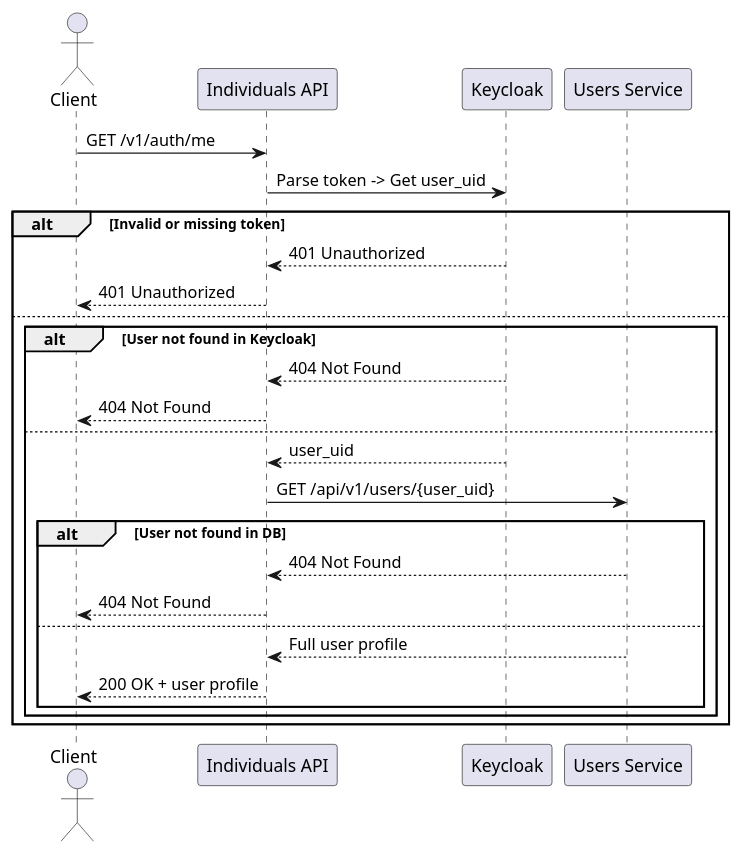
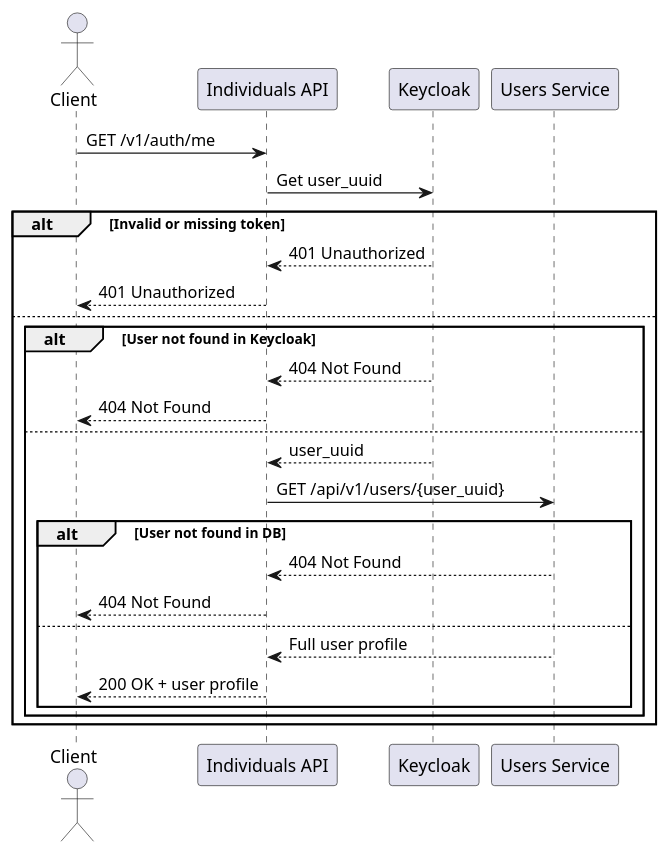
Before and after one commit to Anya1107/payment-system: the third of 5 diagrams in user-service/README.MD, drawn with PlantUML. The commit also changed other lines of this file, not shown here.

Commit message:
fix sequence diagrams

````diff
--- a/user-service/README.MD
+++ b/user-service/README.MD
@@ -87,33 +87,33 @@
 ```plantuml
 @startuml
 actor Client
 participant "Individuals API" as API
 participant "Keycloak" as Keycloak
 participant "Users Service" as UsersService
 
 Client -> API: GET /v1/auth/me
-API -> Keycloak: Parse token -> Get user_uid
+API -> Keycloak: Get user_uuid
 
 alt Invalid or missing token
     Keycloak --> API: 401 Unauthorized
     API --> Client: 401 Unauthorized
 else
     alt User not found in Keycloak
         Keycloak --> API: 404 Not Found
         API --> Client: 404 Not Found
     else
-        Keycloak --> API: user_uid
+        Keycloak --> API: user_uuid
 
-        API -> UsersService: GET /api/v1/users/{user_uid}
+        API -> UsersService: GET /api/v1/users/{user_uuid}
 
         alt User not found in DB
             UsersService --> API: 404 Not Found
             API --> Client: 404 Not Found
         else
             UsersService --> API: Full user profile
             API --> Client: 200 OK + user profile
         end
     end
 end
 @enduml
 ```
````
